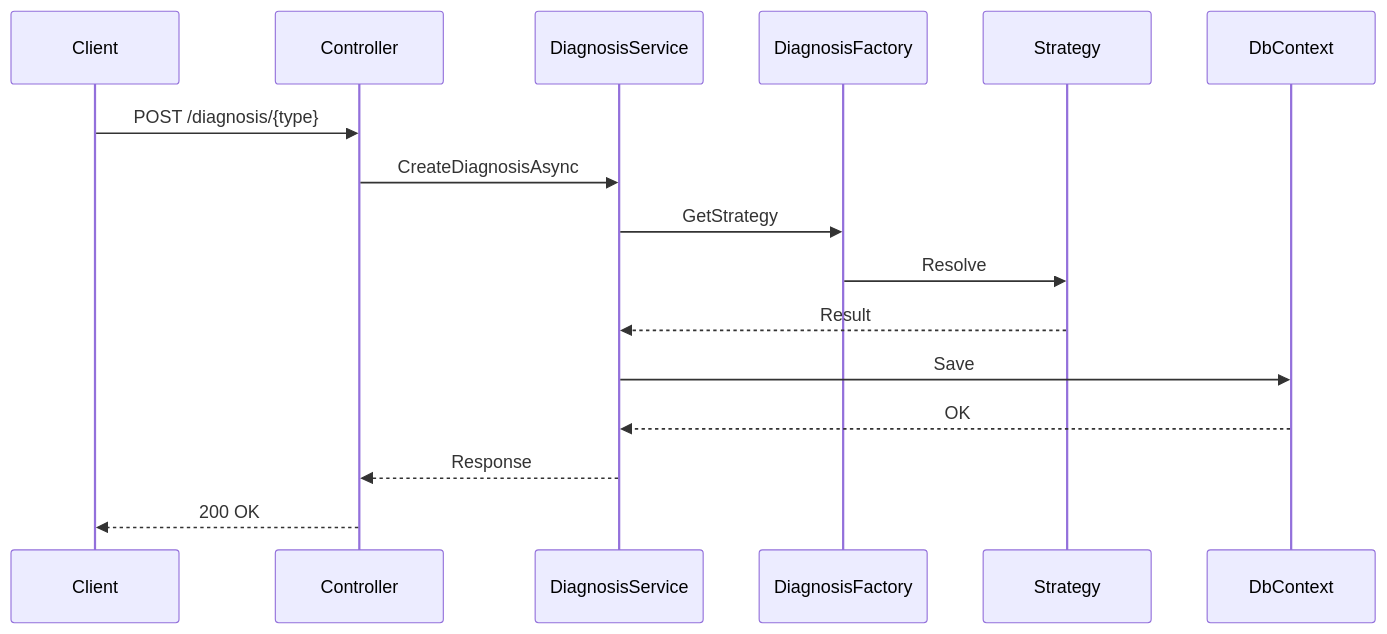
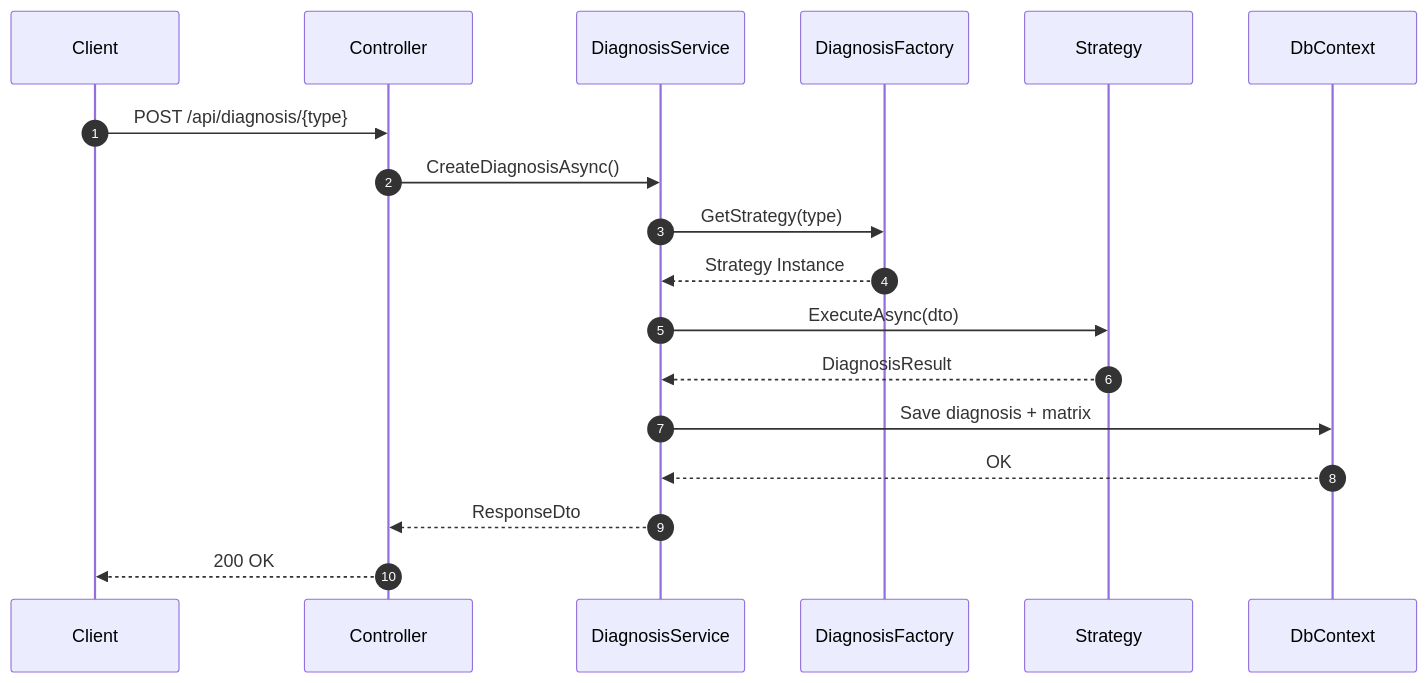
Before and after one commit to luisgabrielahumada/Diagnosis-Api: the first of 2 diagrams in README.md, drawn with Mermaid. The commit also changed other lines of this file, not shown here.

````diff
--- a/README.md
+++ b/README.md
@@ -50,12 +67,22 @@
 ```mermaid
 sequenceDiagram
-Client->>Controller: POST /diagnosis/{type}
-Controller->>DiagnosisService: CreateDiagnosisAsync
-DiagnosisService->>DiagnosisFactory: GetStrategy
-DiagnosisFactory->>Strategy: Resolve
-Strategy-->>DiagnosisService: Result
-DiagnosisService->>DbContext: Save
-DbContext-->>DiagnosisService: OK
-DiagnosisService-->>Controller: Response
-Controller-->>Client: 200 OK
+    autonumber
+
+    participant Client
+    participant Controller
+    participant DiagnosisService
+    participant DiagnosisFactory
+    participant Strategy
+    participant DbContext
+
+    Client->>Controller: POST /api/diagnosis/{type}
+    Controller->>DiagnosisService: CreateDiagnosisAsync()
+    DiagnosisService->>DiagnosisFactory: GetStrategy(type)
+    DiagnosisFactory-->>DiagnosisService: Strategy Instance
+    DiagnosisService->>Strategy: ExecuteAsync(dto)
+    Strategy-->>DiagnosisService: DiagnosisResult
+    DiagnosisService->>DbContext: Save diagnosis + matrix
+    DbContext-->>DiagnosisService: OK
+    DiagnosisService-->>Controller: ResponseDto
+    Controller-->>Client: 200 OK
 ```
````
